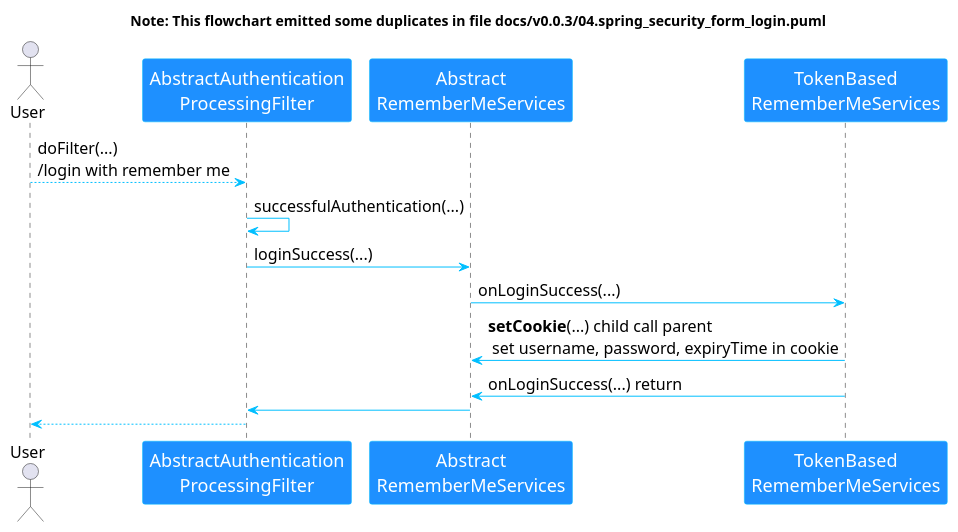
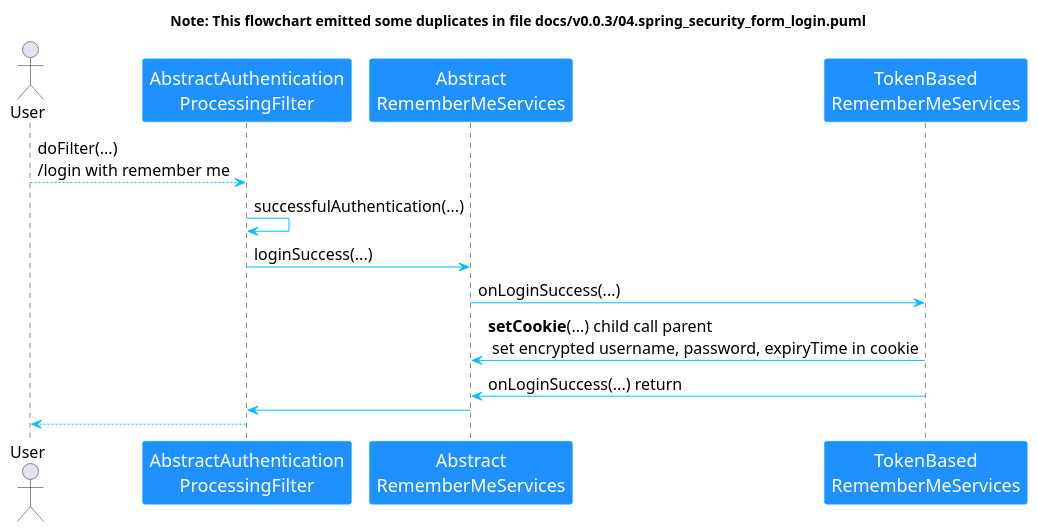
Before and after one commit to Camio1945/huava: the diagram in docs/v0.0.4/01.spring_security_form_login_with_remember_me_by_default.puml, drawn with PlantUML. The commit also changed 35 other files, not shown here.

```diff
--- a/docs/v0.0.4/01.spring_security_form_login_with_remember_me_by_default.puml
+++ b/docs/v0.0.4/01.spring_security_form_login_with_remember_me_by_default.puml
@@ -1,22 +1,22 @@
 @startuml
 ' The following is the global default style (do not use Fira Code font, otherwise the Chinese will not be displayed)
 skinparam DefaultFontName Microsoft YaHei
 skinparam DefaultFontSize 16
 skinparam ArrowColor DeepSkyBlue
 ' The following is the style of the actor (class)
 skinparam ParticipantFontColor White
 skinparam ParticipantBorderColor DeepSkyBlue
 skinparam ParticipantBackgroundColor DodgerBlue
 skinparam ParticipantFontSize 18
 ' Here is the flowchart code
 title Note: This flowchart emitted some duplicates in file docs/v0.0.3/04.spring_security_form_login.puml
 actor User
 User --> "AbstractAuthentication\nProcessingFilter": doFilter(...)\n/login with remember me
 "AbstractAuthentication\nProcessingFilter" -> "AbstractAuthentication\nProcessingFilter": successfulAuthentication(...)
 "AbstractAuthentication\nProcessingFilter" -> "Abstract\nRememberMeServices": loginSuccess(...)
 "Abstract\nRememberMeServices" -> "TokenBased\nRememberMeServices": onLoginSuccess(...)
-"Abstract\nRememberMeServices" <- "TokenBased\nRememberMeServices": **setCookie**(...) child call parent\n set username, password, expiryTime in cookie
+"Abstract\nRememberMeServices" <- "TokenBased\nRememberMeServices": **setCookie**(...) child call parent\n set encrypted username, password, expiryTime in cookie
 "Abstract\nRememberMeServices" <- "TokenBased\nRememberMeServices": onLoginSuccess(...) return
 "AbstractAuthentication\nProcessingFilter" <- "Abstract\nRememberMeServices":
 User <-- "AbstractAuthentication\nProcessingFilter"
 @enduml
```
